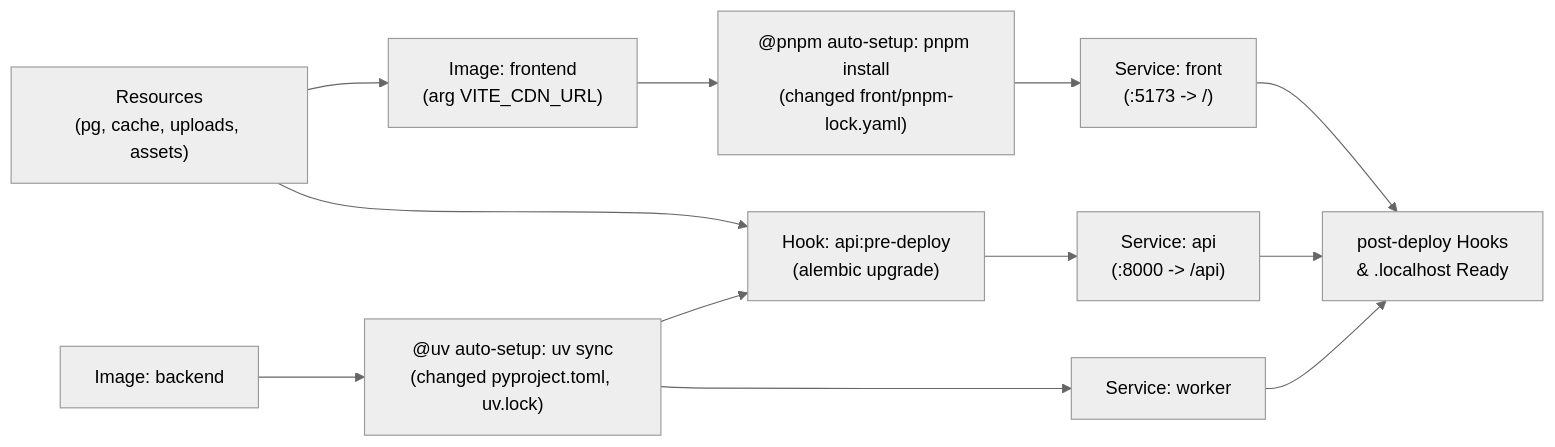
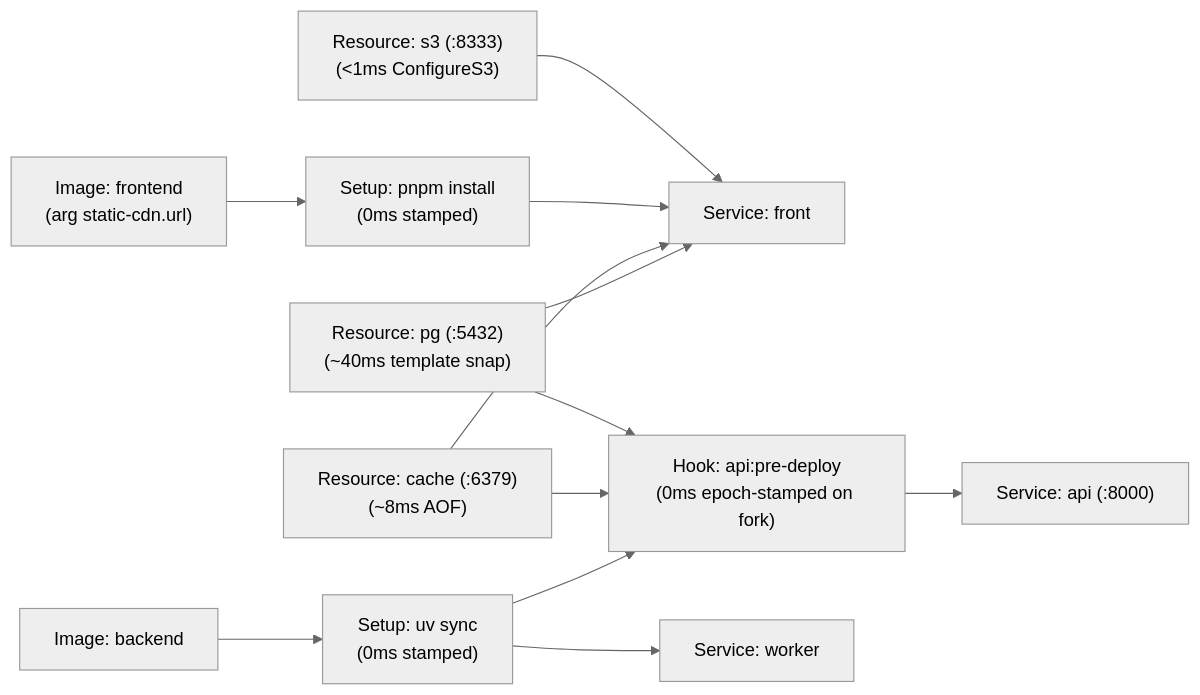
The second of 3 diagrams in specs/03-under-the-hood.md (OffworldNexus/slipfork), drawn with Mermaid (neutral theme) before and after one commit. The commit also changed other lines of this file and 13 other files, not shown here.

Commit message:
[M3.43] Lock clap+frozen-pane TUI, s3 policy/native S3, reactive sub-second fork specs

````diff
--- a/specs/03-under-the-hood.md
+++ b/specs/03-under-the-hood.md
@@ -80,12 +67,10 @@
 ```mermaid
 flowchart LR
-  Res["Resources\n(pg, cache, uploads, assets)"] --> ImgF["Image: frontend\n(arg VITE_CDN_URL)"]
-  ImgB["Image: backend"] --> Uv["@uv auto-setup: uv sync\n(changed pyproject.toml, uv.lock)"]
-  ImgF --> Pnpm["@pnpm auto-setup: pnpm install\n(changed front/pnpm-lock.yaml)"]
-  Res --> Hook["Hook: api:pre-deploy\n(alembic upgrade)"]
-  Uv --> Hook
+  S3["Resource: s3 (:8333)\n(<1ms ConfigureS3)"] --> Front["Service: front"]
+  ImgB["Image: backend"] --> Uv["Setup: uv sync\n(0ms stamped)"]
+  ImgF["Image: frontend\n(arg static-cdn.url)"] --> Pnpm["Setup: pnpm install\n(0ms stamped)"]
+  Pg["Resource: pg (:5432)\n(~40ms template snap)"] & Cache["Resource: cache (:6379)\n(~8ms AOF)"] & Uv --> Pre["Hook: api:pre-deploy\n(0ms epoch-stamped on fork)"]
   Uv --> Worker["Service: worker"]
-  Hook --> Api["Service: api\n(:8000 -> /api)"]
-  Pnpm --> Front["Service: front\n(:5173 -> /)"]
-  Api & Worker & Front --> Post["post-deploy Hooks\n& .localhost Ready"]
+  Pre --> Api["Service: api (:8000)"]
+  Pnpm & Cache & Pg --> Front
 ```
````
